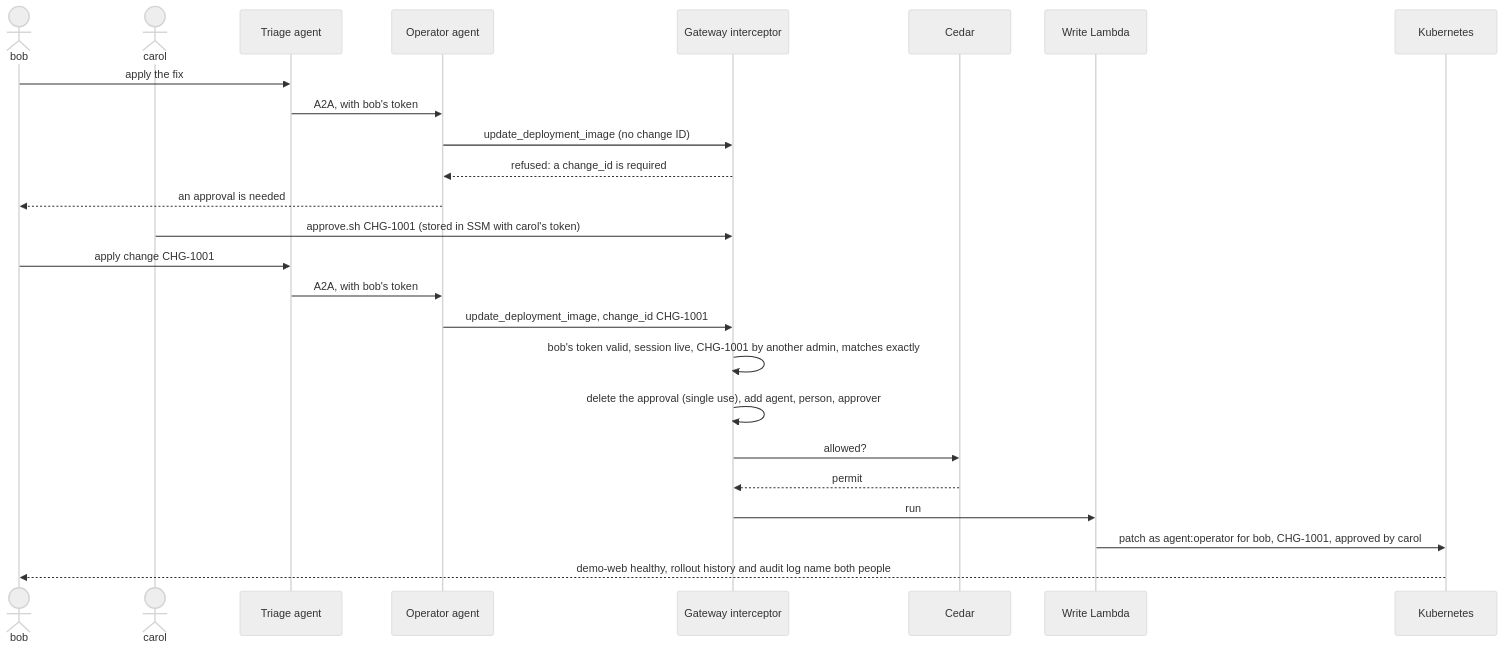
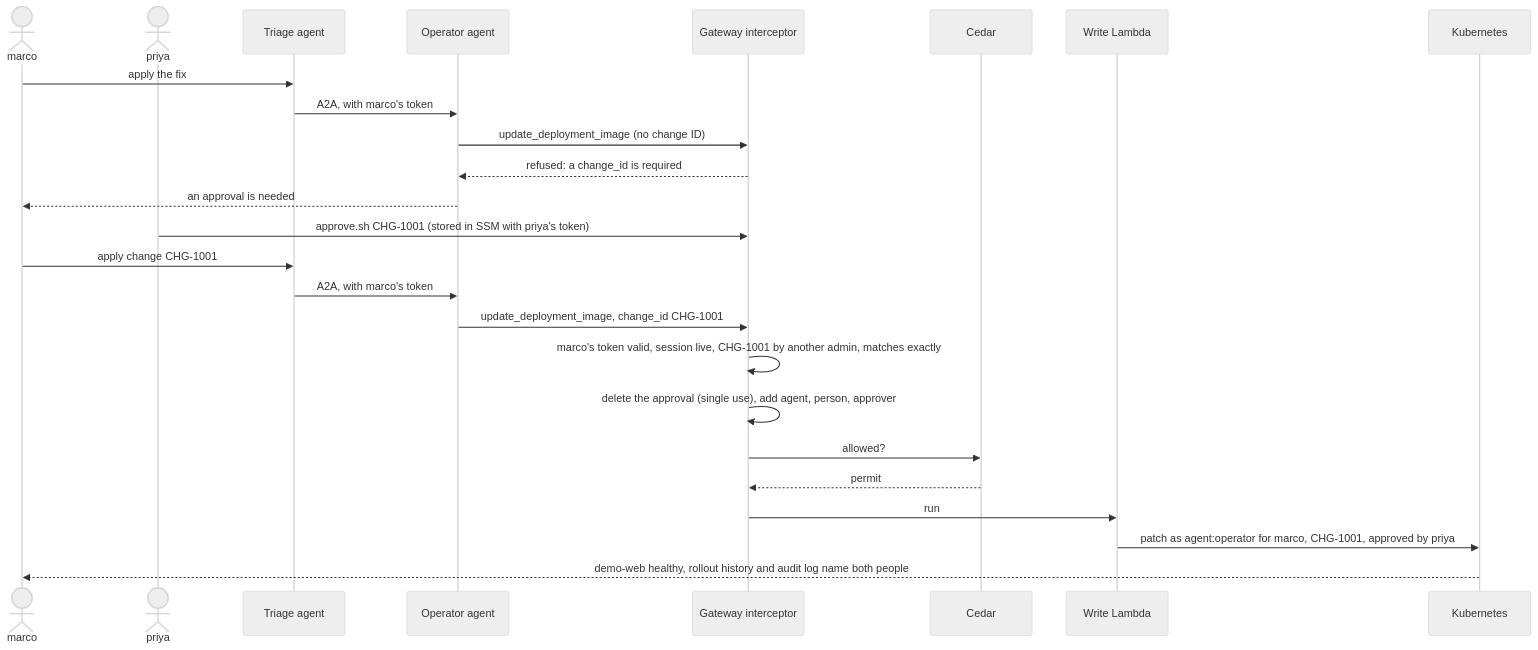
Before and after one commit to fsclyde/agentcore-multi-agent-security-lab: the second of 2 diagrams in docs/architecture.md, drawn with Mermaid (neutral theme). The commit also changed other lines of this file and 14 other files, not shown here.

First line of the commit message:
Rename the lab users: nadia (viewer), marco (admin), priya (approver)

````diff
--- a/docs/architecture.md
+++ b/docs/architecture.md
@@ -71,27 +71,27 @@
 ```mermaid
 sequenceDiagram
-    actor bob
-    actor carol
+    actor marco
+    actor priya
     participant T as Triage agent
     participant O as Operator agent
     participant G as Gateway interceptor
     participant C as Cedar
     participant W as Write Lambda
     participant K as Kubernetes
-    bob->>T: apply the fix
-    T->>O: A2A, with bob's token
+    marco->>T: apply the fix
+    T->>O: A2A, with marco's token
     O->>G: update_deployment_image (no change ID)
     G-->>O: refused: a change_id is required
-    O-->>bob: an approval is needed
-    carol->>G: approve.sh CHG-1001 (stored in SSM with carol's token)
-    bob->>T: apply change CHG-1001
-    T->>O: A2A, with bob's token
+    O-->>marco: an approval is needed
+    priya->>G: approve.sh CHG-1001 (stored in SSM with priya's token)
+    marco->>T: apply change CHG-1001
+    T->>O: A2A, with marco's token
     O->>G: update_deployment_image, change_id CHG-1001
-    G->>G: bob's token valid, session live, CHG-1001 by another admin, matches exactly
+    G->>G: marco's token valid, session live, CHG-1001 by another admin, matches exactly
     G->>G: delete the approval (single use), add agent, person, approver
     G->>C: allowed?
     C-->>G: permit
     G->>W: run
-    W->>K: patch as agent:operator for bob, CHG-1001, approved by carol
-    K-->>bob: demo-web healthy, rollout history and audit log name both people
+    W->>K: patch as agent:operator for marco, CHG-1001, approved by priya
+    K-->>marco: demo-web healthy, rollout history and audit log name both people
 ```
````
